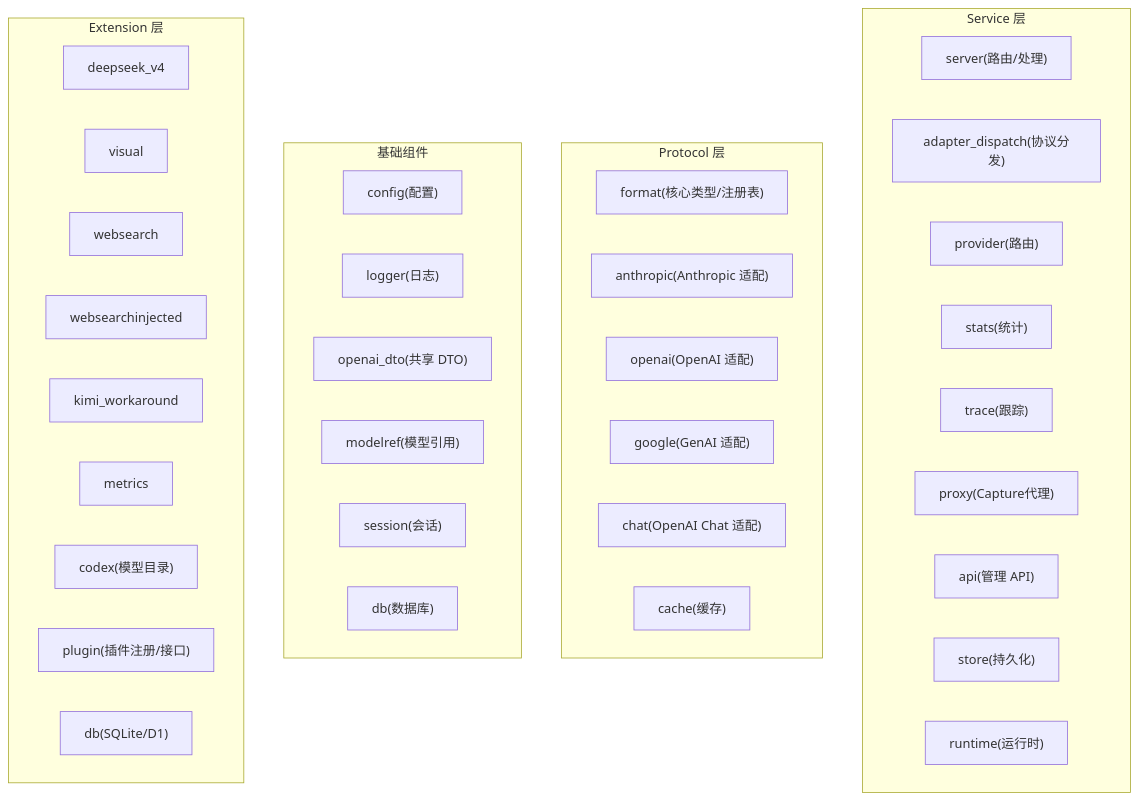
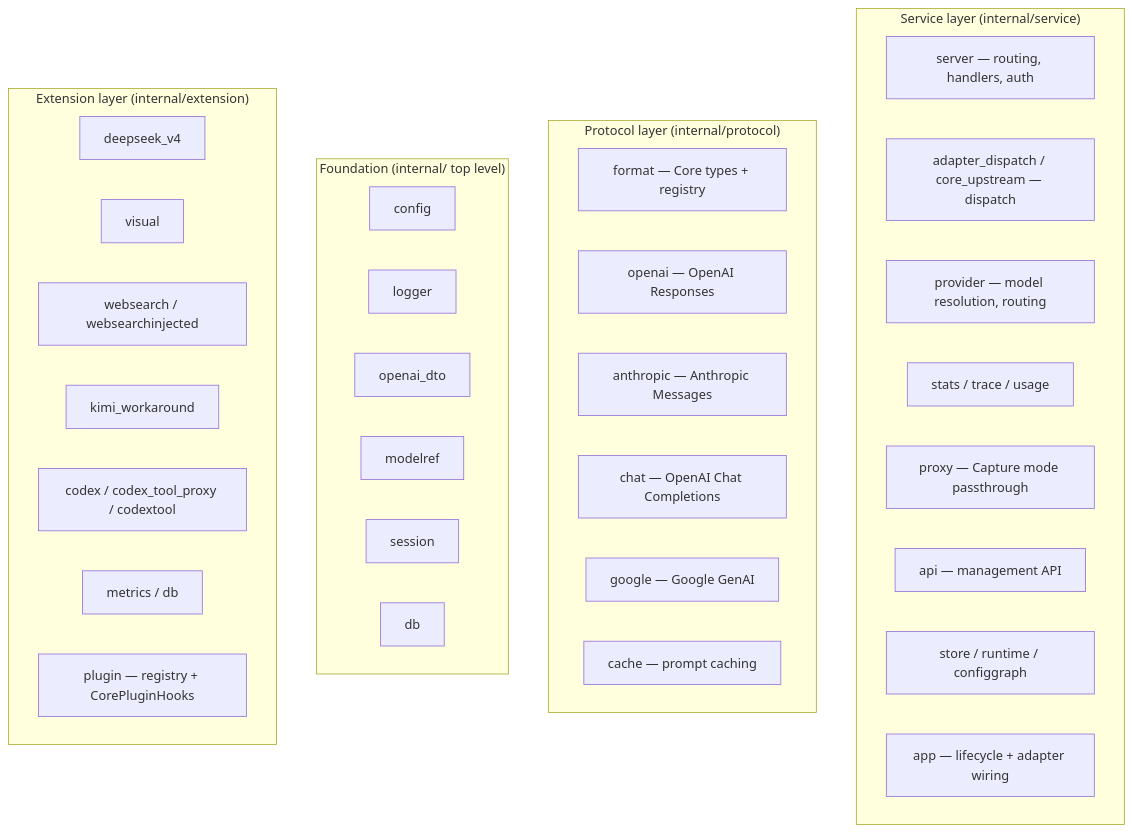
One commit to sfiorini/provider-bridge changed the first of 2 diagrams in docs/ARCHITECTURE.md. Above: the diagram before and after it, drawn with Mermaid. The commit also changed other lines of this file and 4 other files, not shown here.

Commit message:
docs: English API, architecture, web-search and consumers reference (S-M4-12..S-M4-14)

````diff
--- a/docs/ARCHITECTURE.md
+++ b/docs/ARCHITECTURE.md
@@ -11,41 +14,38 @@
 ```mermaid
 flowchart TB
-  subgraph Service["Service 层"]
-    s1["server(路由/处理)"]
-    s2["adapter_dispatch(协议分发)"]
-    s3["provider(路由)"]
-    s4["stats(统计)"]
-    s5["trace(跟踪)"]
-    s6["proxy(Capture代理)"]
-    s7["api(管理 API)"]
-    s8["store(持久化)"]
-    s9["runtime(运行时)"]
+  subgraph Service["Service layer (internal/service)"]
+    s1["server — routing, handlers, auth"]
+    s2["adapter_dispatch / core_upstream — dispatch"]
+    s3["provider — model resolution, routing"]
+    s4["stats / trace / usage"]
+    s5["proxy — Capture mode passthrough"]
+    s6["api — management API"]
+    s7["store / runtime / configgraph"]
+    s8["app — lifecycle + adapter wiring"]
   end
-  subgraph Protocol["Protocol 层"]
-    p1["format(核心类型/注册表)"]
-    p2["anthropic(Anthropic 适配)"]
-    p3["openai(OpenAI 适配)"]
-    p4["google(GenAI 适配)"]
-    p5["chat(OpenAI Chat 适配)"]
-    p6["cache(缓存)"]
+  subgraph Protocol["Protocol layer (internal/protocol)"]
+    p1["format — Core types + registry"]
+    p2["openai — OpenAI Responses"]
+    p3["anthropic — Anthropic Messages"]
+    p4["chat — OpenAI Chat Completions"]
+    p5["google — Google GenAI"]
+    p6["cache — prompt caching"]
   end
-  subgraph Base["基础组件"]
-    b1["config(配置)"]
-    b2["logger(日志)"]
-    b3["openai_dto(共享 DTO)"]
-    b4["modelref(模型引用)"]
-    b5["session(会话)"]
-    b6["db(数据库)"]
+  subgraph Base["Foundation (internal/ top level)"]
+    b1["config"]
+    b2["logger"]
+    b3["openai_dto"]
+    b4["modelref"]
+    b5["session"]
+    b6["db"]
   end
-  subgraph Extension["Extension 层"]
+  subgraph Extension["Extension layer (internal/extension)"]
     e1["deepseek_v4"]
     e2["visual"]
-    e3["websearch"]
-    e4["websearchinjected"]
-    e5["kimi_workaround"]
-    e6["metrics"]
-    e7["codex(模型目录)"]
-    e8["plugin(插件注册/接口)"]
-    e9["db(SQLite/D1)"]
+    e3["websearch / websearchinjected"]
+    e4["kimi_workaround"]
+    e5["codex / codex_tool_proxy / codextool"]
+    e6["metrics / db"]
+    e7["plugin — registry + CorePluginHooks"]
   end
 ```
````
